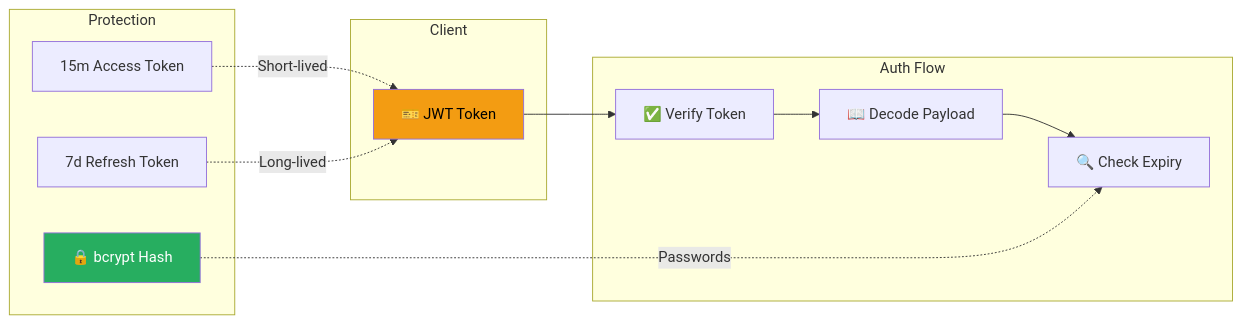
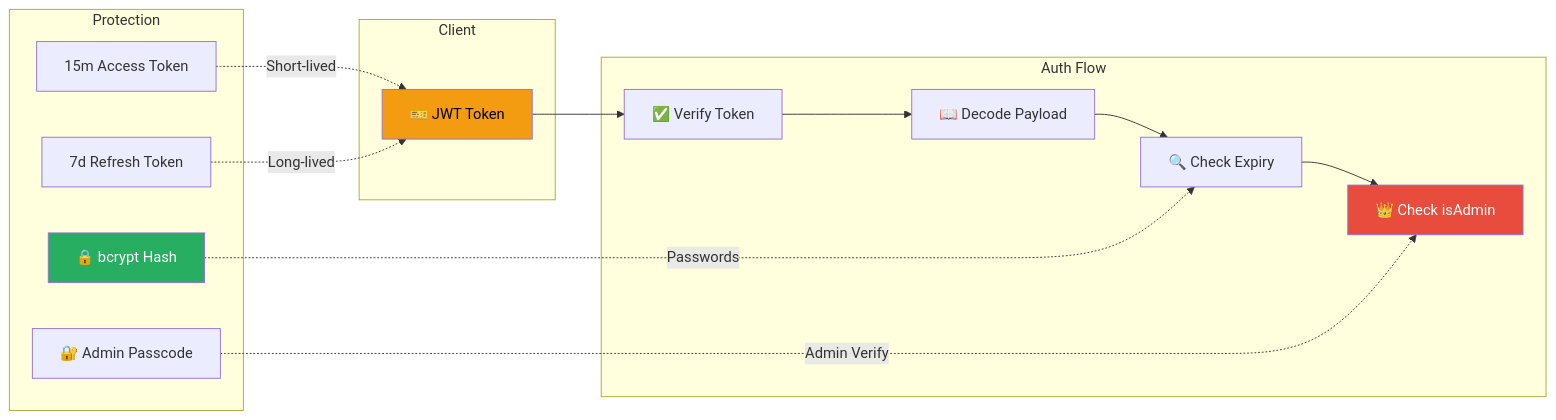
One commit to AbhishekBalija/MathGPT changed the seventh of 8 diagrams in docs/architecture.md. Above: the diagram before and after it, drawn with Mermaid. The commit also changed other lines of this file and 28 other files, not shown here.

````diff
--- a/docs/architecture.md
+++ b/docs/architecture.md
@@ -296,29 +358,34 @@
 ```mermaid
 graph LR
     subgraph "Client"
         TOKEN["🎫 JWT Token"]
     end
 
     subgraph "Auth Flow"
         VERIFY["✅ Verify Token"]
         DECODE["📖 Decode Payload"]
         CHECK["🔍 Check Expiry"]
+        ADMIN_CHECK["👑 Check isAdmin"]
     end
 
     subgraph "Protection"
         ACCESS["15m Access Token"]
         REFRESH["7d Refresh Token"]
         BCRYPT["🔒 bcrypt Hash"]
+        PASSCODE["🔐 Admin Passcode"]
     end
 
     TOKEN --> VERIFY
     VERIFY --> DECODE
     DECODE --> CHECK
+    CHECK --> ADMIN_CHECK
 
     ACCESS -.->|Short-lived| TOKEN
     REFRESH -.->|Long-lived| TOKEN
     BCRYPT -.->|Passwords| CHECK
+    PASSCODE -.->|Admin Verify| ADMIN_CHECK
 
     style TOKEN fill:#f39c12,color:#000
     style BCRYPT fill:#27ae60,color:#fff
+    style ADMIN_CHECK fill:#e74c3c,color:#fff
 ```
````
